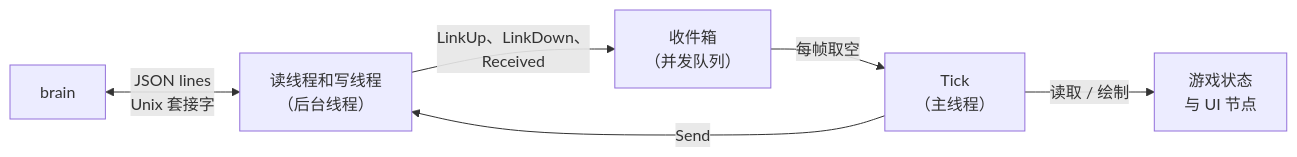
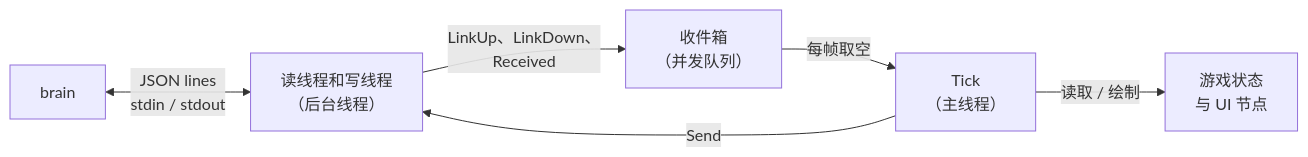
Before and after one commit to shinnku-nikaidou/spire-zero: the diagram in docs/src/content/docs/arch/mod/loop.mdx, drawn with Mermaid. The commit also changed other lines of this file and 164 other files, not shown here.

````diff
--- a/docs/src/content/docs/arch/mod/loop.mdx
+++ b/docs/src/content/docs/arch/mod/loop.mdx
@@ -19,8 +19,8 @@
 ```mermaid
 flowchart LR
-  H["brain"] <-->|"JSON lines<br/>Unix 套接字"| S["读线程和写线程<br/>（后台线程）"]
+  H["brain"] <-->|"JSON lines<br/>stdin / stdout"| S["读线程和写线程<br/>（后台线程）"]
   S -->|"LinkUp、LinkDown、<br/>Received"| Q["收件箱<br/>（并发队列）"]
   Q -->|"每帧取空"| T["Tick<br/>（主线程）"]
   T -->|"读取 / 绘制"| G["游戏状态<br/>与 UI 节点"]
   T -->|"Send"| S
 ```
````
